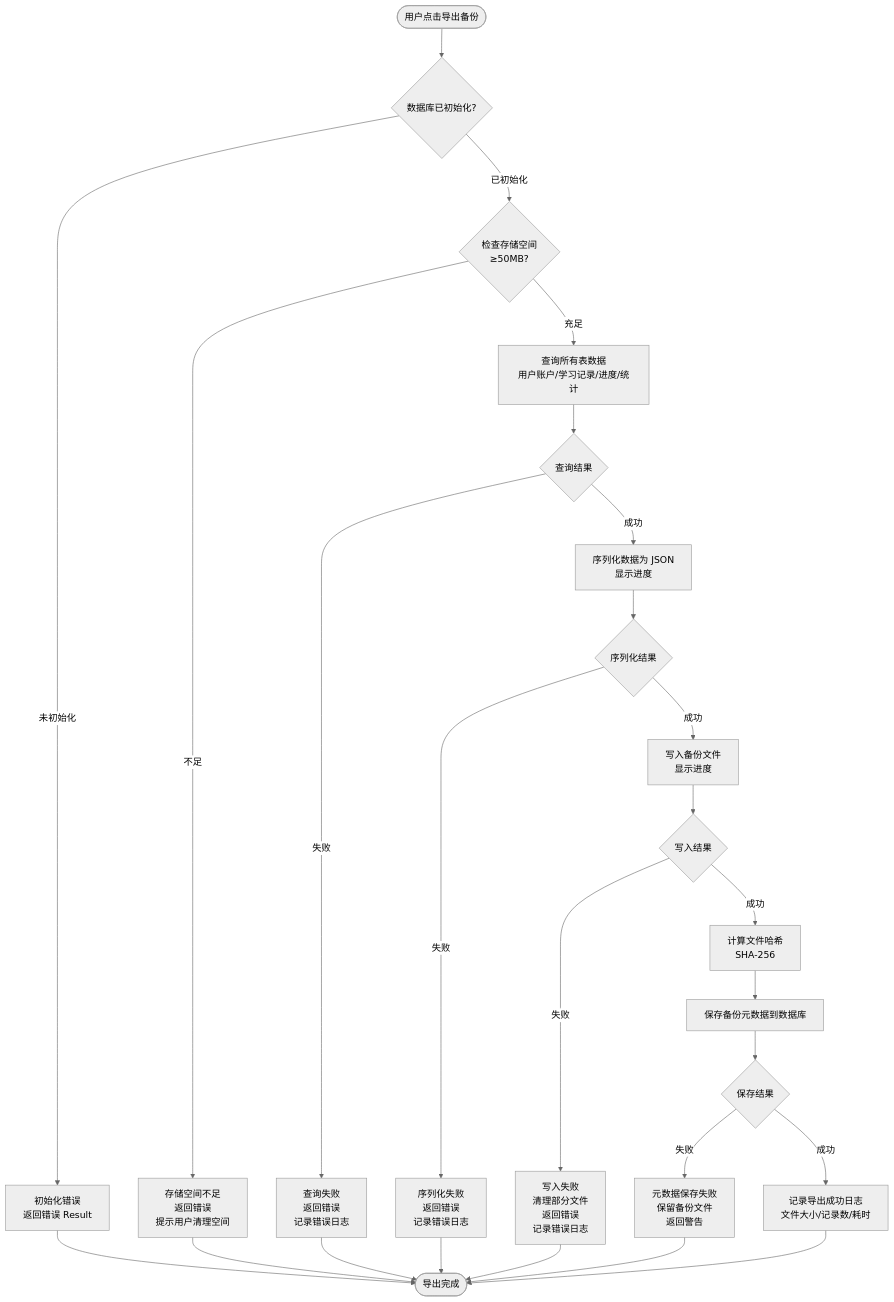
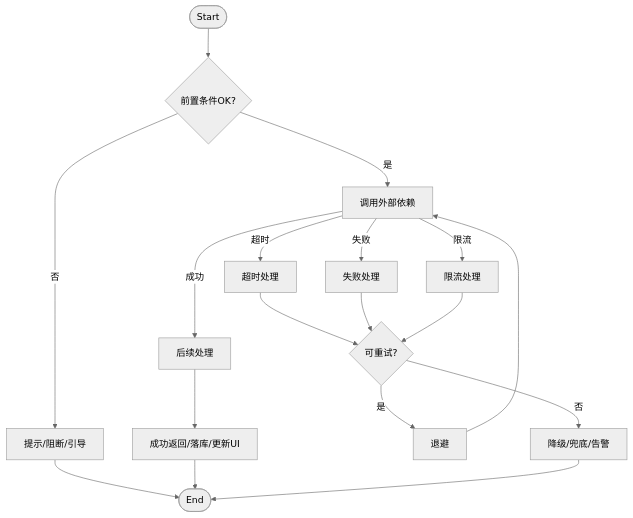
The seventh of 11 diagrams in specs/epics/EPIC-001-word-memory-app/features/FEAT-005-user-account-data/plan.md (jackykarma/Verity), drawn with Mermaid (neutral theme) before and after one commit. The commit also changed other lines of this file and 20 other files, not shown here.

````diff
--- a/specs/epics/EPIC-001-word-memory-app/features/FEAT-005-user-account-data/plan.md
+++ b/specs/epics/EPIC-001-word-memory-app/features/FEAT-005-user-account-data/plan.md
@@ -399,34 +268,19 @@
 ```mermaid
 flowchart TD
-  Start([用户点击导出备份]) --> CheckInit{数据库已初始化?}
-  CheckInit -->|未初始化| InitError[初始化错误<br/>返回错误 Result]
-  CheckInit -->|已初始化| CheckStorage{检查存储空间<br/>≥50MB?}
-  
-  CheckStorage -->|不足| StorageError[存储空间不足<br/>返回错误<br/>提示用户清理空间]
-  CheckStorage -->|充足| QueryAllData[查询所有表数据<br/>用户账户/学习记录/进度/统计]
-  
-  QueryAllData --> QueryResult{查询结果}
-  QueryResult -->|失败| QueryError[查询失败<br/>返回错误<br/>记录错误日志]
-  QueryResult -->|成功| SerializeJSON[序列化数据为 JSON<br/>显示进度]
-  
-  SerializeJSON --> SerializeResult{序列化结果}
-  SerializeResult -->|失败| SerializeError[序列化失败<br/>返回错误<br/>记录错误日志]
-  SerializeResult -->|成功| WriteFile[写入备份文件<br/>显示进度]
-  
-  WriteFile --> WriteResult{写入结果}
-  WriteResult -->|失败| WriteError[写入失败<br/>清理部分文件<br/>返回错误<br/>记录错误日志]
-  WriteResult -->|成功| CalculateHash[计算文件哈希<br/>SHA-256]
-  
-  CalculateHash --> SaveMetadata[保存备份元数据到数据库]
-  SaveMetadata --> MetadataResult{保存结果}
-  MetadataResult -->|失败| MetadataError[元数据保存失败<br/>保留备份文件<br/>返回警告]
-  MetadataResult -->|成功| LogSuccess[记录导出成功日志<br/>文件大小/记录数/耗时]
-  
-  LogSuccess --> End([导出完成])
-  InitError --> End
-  StorageError --> End
-  QueryError --> End
-  SerializeError --> End
-  WriteError --> End
-  MetadataError --> End
+  %% TODO: 将“正常+异常”都画在同一张流程图里（可用 subgraph 分区）
+  Start([Start]) --> Precheck{前置条件OK?}
+  Precheck -->|否| Abort[提示/阻断/引导] --> End([End])
+  Precheck -->|是| CallExt[调用外部依赖]
+
+  CallExt -->|成功| Next[后续处理] --> Success[成功返回/落库/更新UI] --> End
+  CallExt -->|超时| Timeout[超时处理]
+  CallExt -->|失败| Fail[失败处理]
+  CallExt -->|限流| RateLimit[限流处理]
+
+  Timeout --> Retry{可重试?}
+  Fail --> Retry
+  RateLimit --> Retry
+
+  Retry -->|是| Backoff[退避] --> CallExt
+  Retry -->|否| Degrade[降级/兜底/告警] --> End
 ```
````
